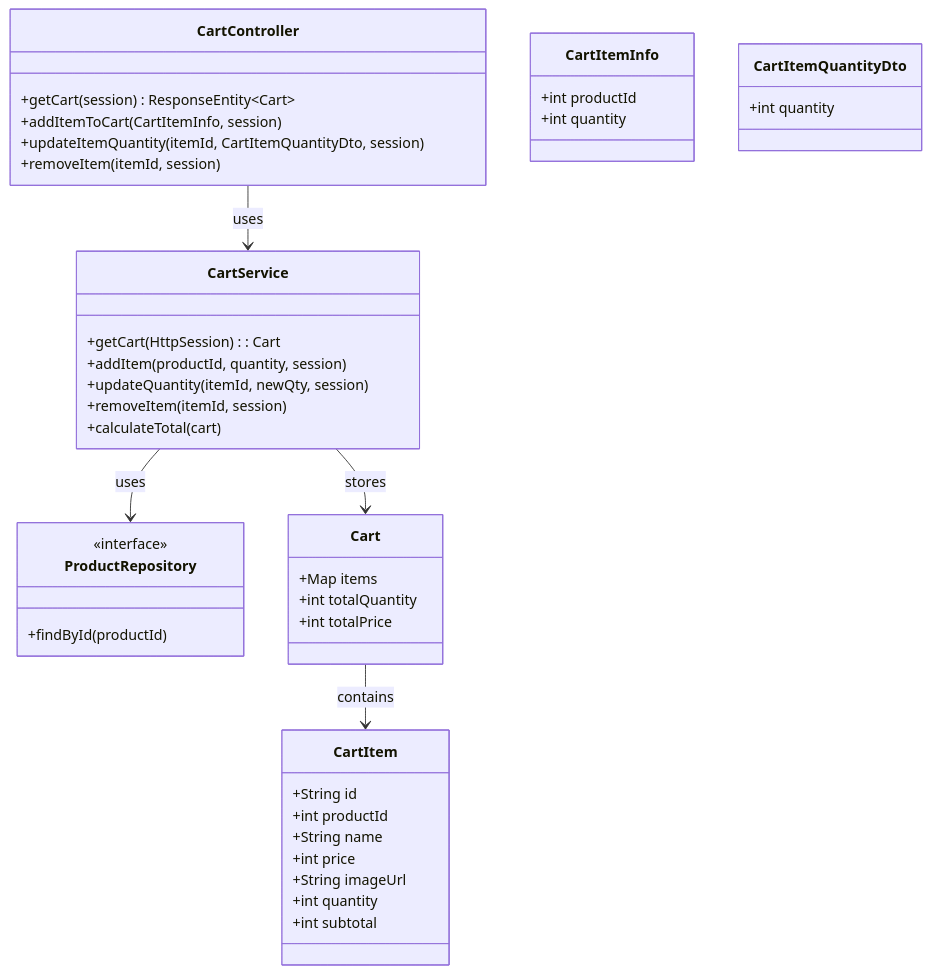
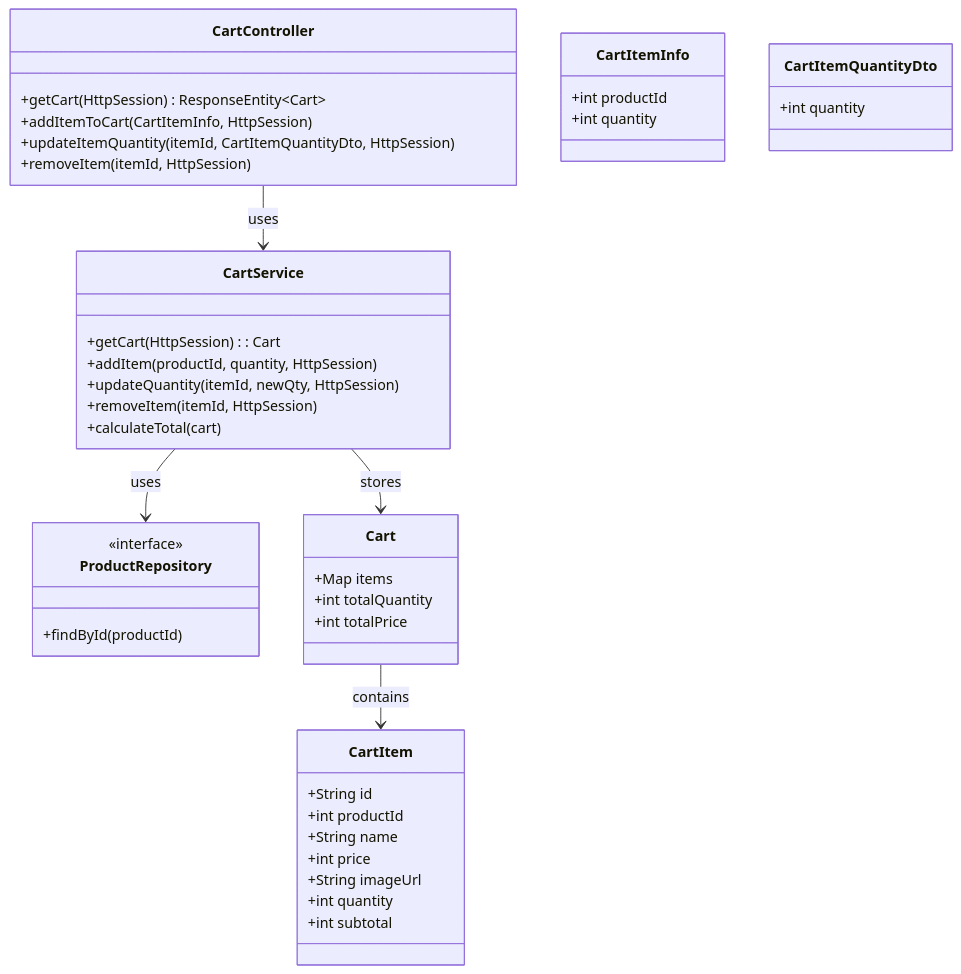
Diagram 15 of 18 in 詳細設計/詳細設計書.md (natsumiumeda/Jobs), drawn with Mermaid before and after one commit. The commit also changed other lines of this file, not shown here.

Commit message:
4-2 userId削除

```diff
--- a/詳細設計/詳細設計書.md
+++ b/詳細設計/詳細設計書.md
@@ -773,52 +773,52 @@
 <div class="mermaid">
 classDiagram
     class CartController {
-        +getCart(session) ResponseEntity~Cart~
-        +addItemToCart(CartItemInfo, session)
-        +updateItemQuantity(itemId, CartItemQuantityDto, session)
-        +removeItem(itemId, session)
+        +getCart(HttpSession) ResponseEntity~Cart~
+        +addItemToCart(CartItemInfo, HttpSession)
+        +updateItemQuantity(itemId, CartItemQuantityDto, HttpSession)
+        +removeItem(itemId, HttpSession)
     }
 
     class CartService {
         +getCart(HttpSession) : Cart
-        +addItem(productId, quantity, session)
-        +updateQuantity(itemId, newQty, session)
-        +removeItem(itemId, session)
+        +addItem(productId, quantity, HttpSession)
+        +updateQuantity(itemId, newQty, HttpSession)
+        +removeItem(itemId, HttpSession)
         +calculateTotal(cart)
     }
 
     class ProductRepository {
         <<interface>>
         +findById(productId)
     }
 
     class Cart {
         +Map<String, CartItem> items
         +int totalQuantity
         +int totalPrice
     }
 
     class CartItem {
         +String id
         +int productId
         +String name
         +int price
         +String imageUrl
         +int quantity
         +int subtotal
     }
 
     class CartItemInfo {
         +int productId
         +int quantity
     }
 
     class CartItemQuantityDto {
         +int quantity
     }
 
     CartController --> CartService : uses
     CartService --> ProductRepository : uses
     CartService --> Cart : stores
     Cart --> CartItem : contains
 </div>
```
